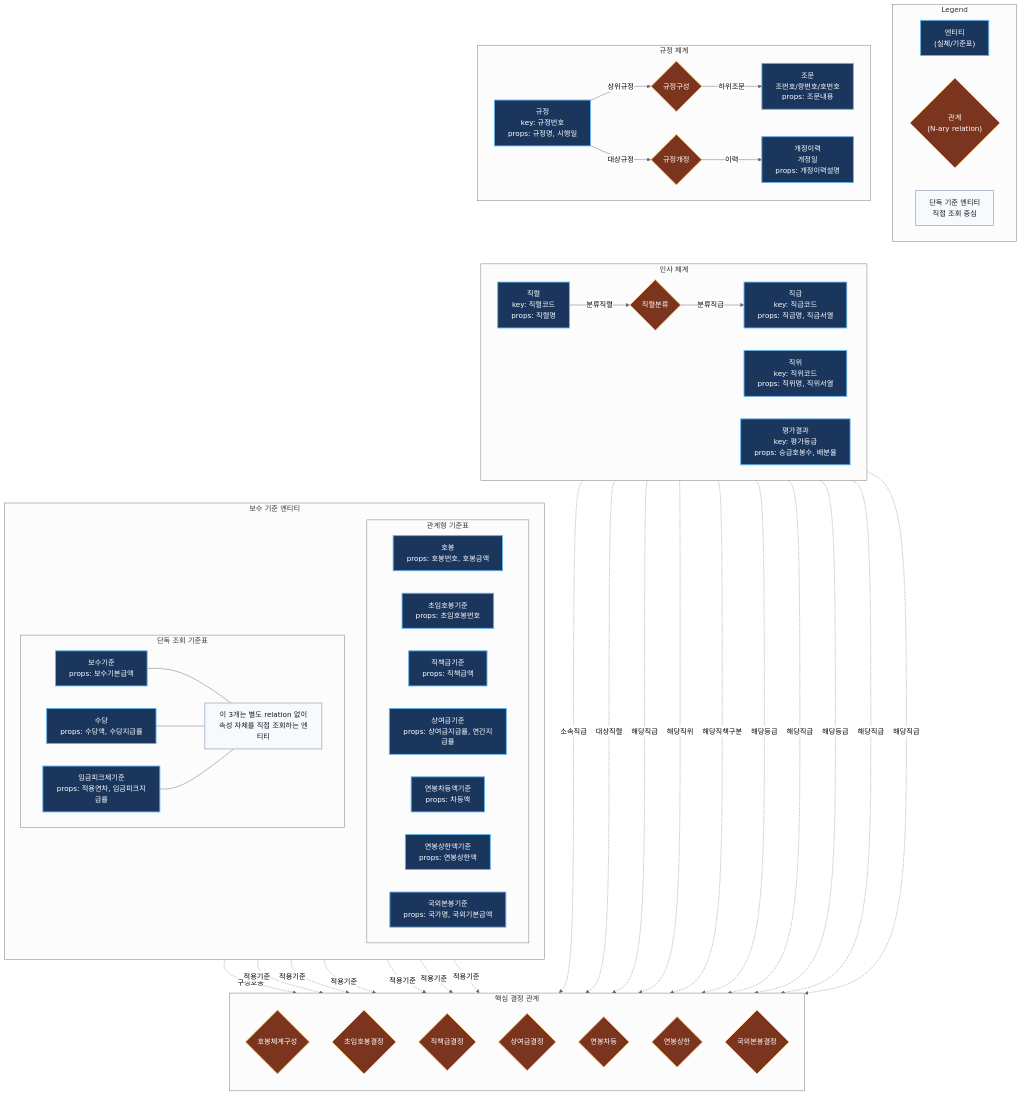
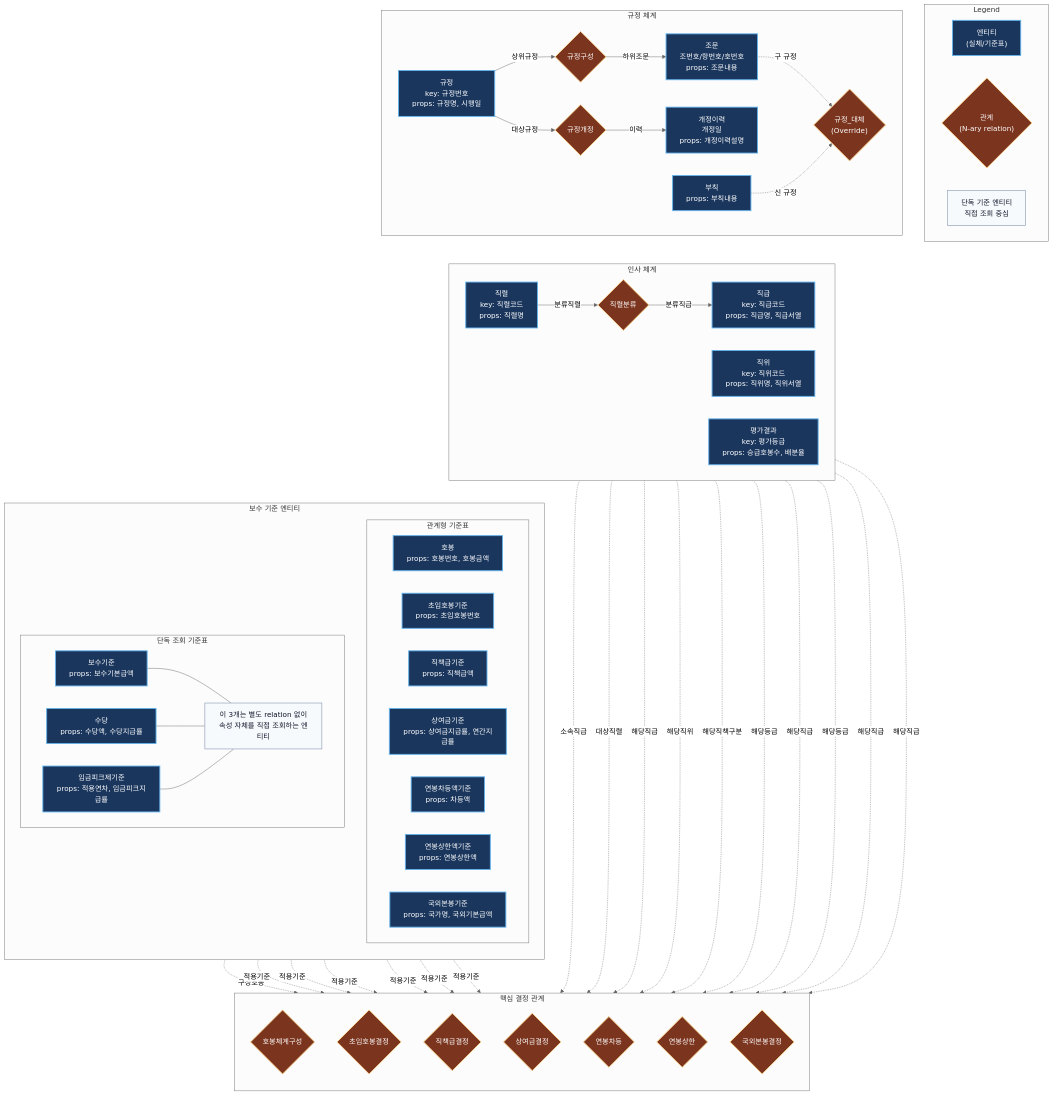
The first of 4 diagrams in docs/schema_diagram.md (shezgone/bok-compensation-regulations), drawn with Mermaid (neutral theme) before and after one commit. The commit also changed other lines of this file, not shown here.

Commit message:
docs: 상세 스키마 다이어그램 문서에도 부칙 엔티티 및 규정_대체 관계 반영

```diff
--- a/docs/schema_diagram.md
+++ b/docs/schema_diagram.md
@@ -24,11 +24,15 @@
         Regulation["규정\nkey: 규정번호\nprops: 규정명, 시행일"]:::entity
         Rel_Comp{"규정구성"}:::relation
         Article["조문\n조번호/항번호/호번호\nprops: 조문내용"]:::entity
+        Addendum["부칙\nprops: 부칙내용"]:::entity
         Rel_Rev{"규정개정"}:::relation
         History["개정이력\n개정일\nprops: 개정이력설명"]:::entity
+        Rel_Override{"규정_대체\n(Override)"}:::relation
 
         Regulation -->|상위규정| Rel_Comp -->|하위조문| Article
         Regulation -->|대상규정| Rel_Rev -->|이력| History
+        Article -. 구 규정 .-> Rel_Override
+        Addendum -. 신 규정 .-> Rel_Override
     end
 
     subgraph 인사_체계["인사 체계"]
```
